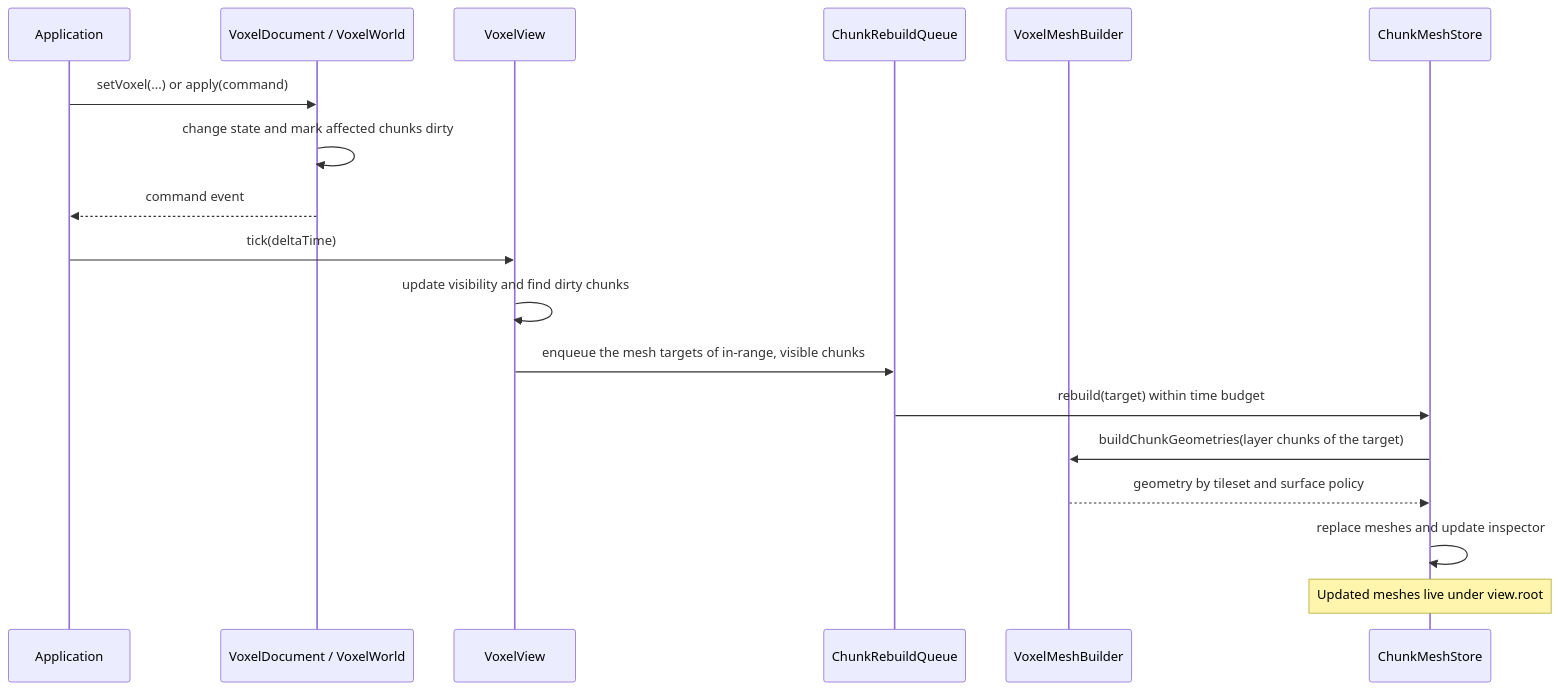
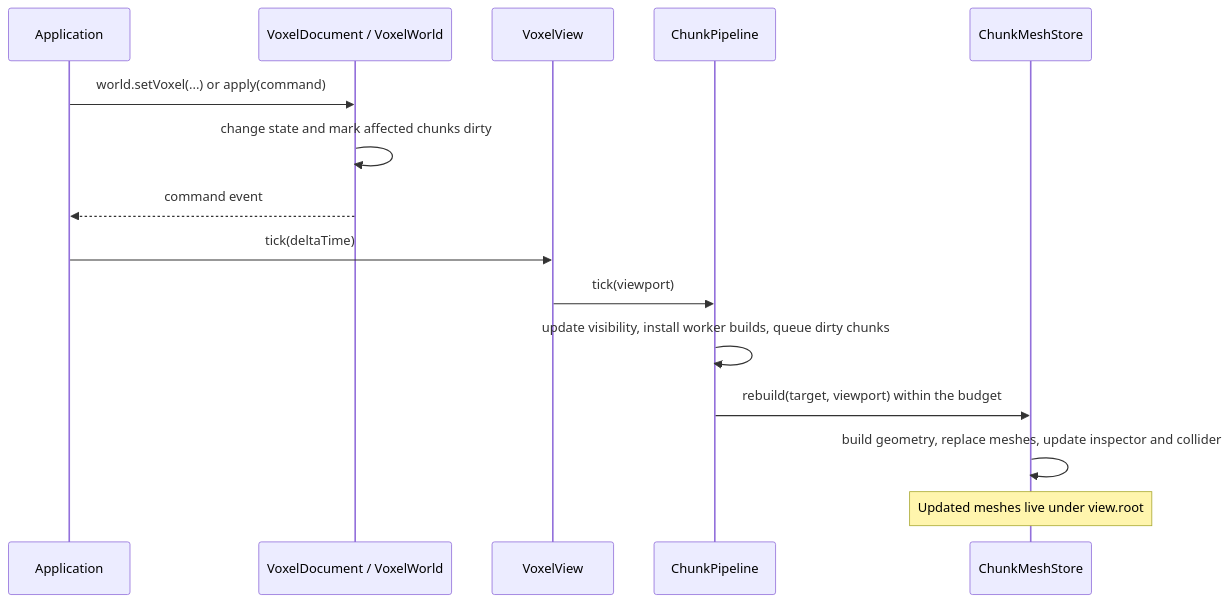
One commit to JollyPixel/editor changed the third of 4 diagrams in packages/voxel-renderer/ARCHITECTURE.md. Above: the diagram before and after it, drawn with Mermaid. The commit also changed other lines of this file and 559 other files, not shown here.

Commit message:
refactor(voxel-renderer)!: major revamp with document/view split

````diff
--- a/packages/voxel-renderer/ARCHITECTURE.md
+++ b/packages/voxel-renderer/ARCHITECTURE.md
@@ -53,21 +61,18 @@
 ```mermaid
 sequenceDiagram
     participant App as Application
     participant Document as VoxelDocument / VoxelWorld
     participant View as VoxelView
-    participant Queue as ChunkRebuildQueue
-    participant Builder as VoxelMeshBuilder
+    participant Pipeline as ChunkPipeline
     participant Store as ChunkMeshStore
 
-    App->>Document: setVoxel(...) or apply(command)
+    App->>Document: world.setVoxel(...) or apply(command)
     Document->>Document: change state and mark affected chunks dirty
     Document-->>App: command event
     App->>View: tick(deltaTime)
-    View->>View: update visibility and find dirty chunks
-    View->>Queue: enqueue the mesh targets of in-range, visible chunks
-    Queue->>Store: rebuild(target) within time budget
-    Store->>Builder: buildChunkGeometries(layer chunks of the target)
-    Builder-->>Store: geometry by tileset and surface policy
-    Store->>Store: replace meshes and update inspector
+    View->>Pipeline: tick(viewport)
+    Pipeline->>Pipeline: update visibility, install worker builds, queue dirty chunks
+    Pipeline->>Store: rebuild(target, viewport) within the budget
+    Store->>Store: build geometry, replace meshes, update inspector and collider
     Note over Store: Updated meshes live under view.root
 ```
````
